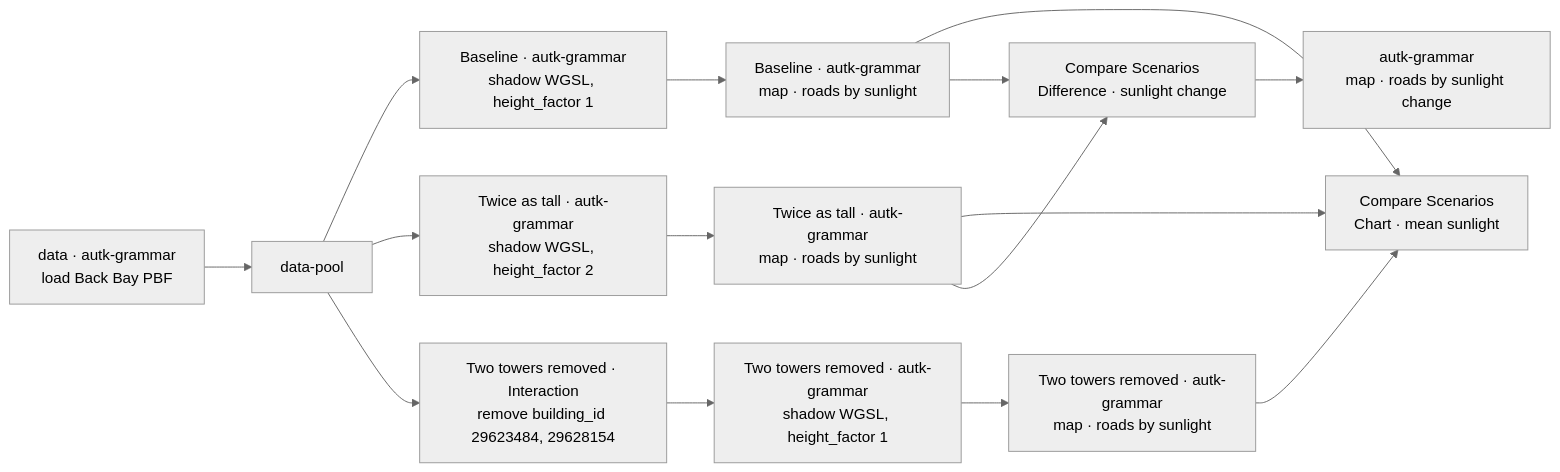
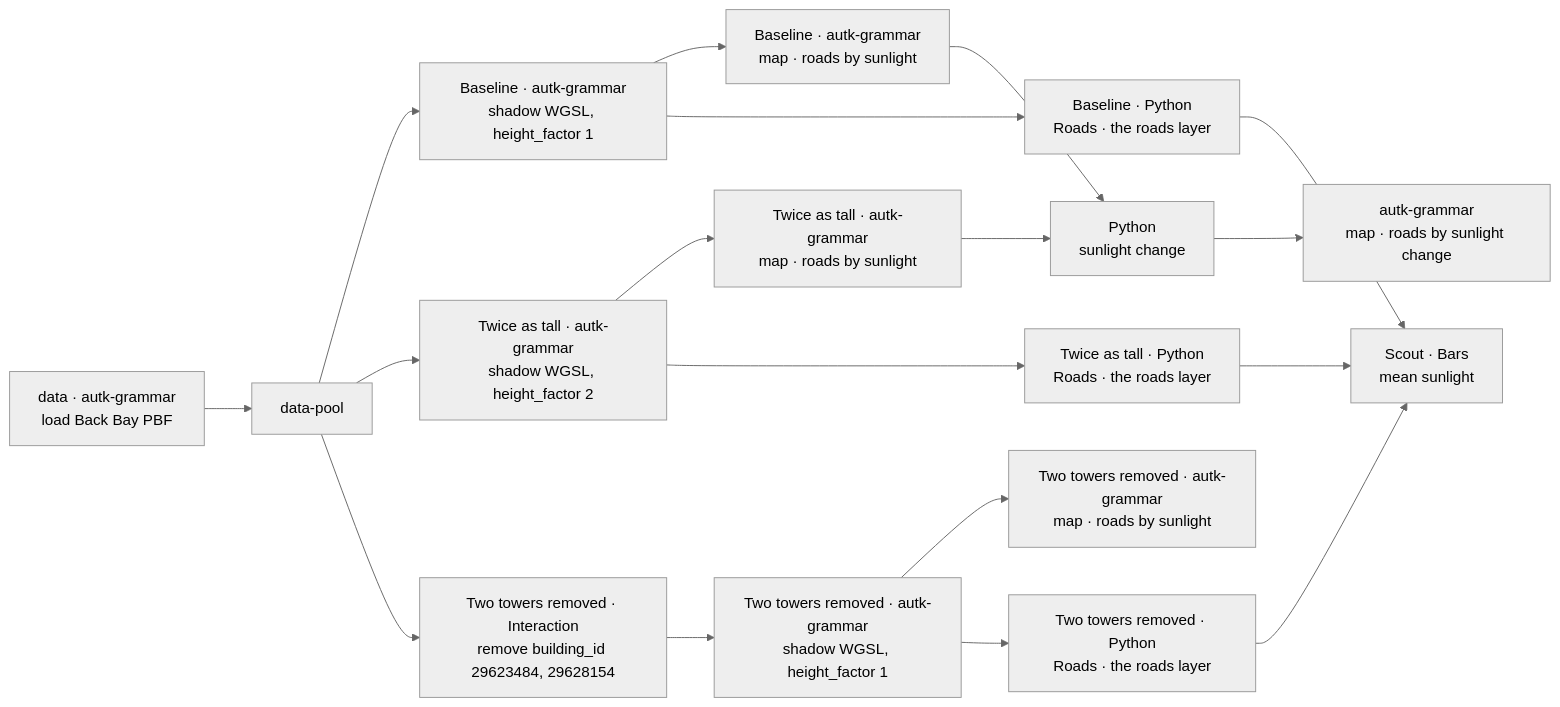
The diagram in docs/examples/06-back-bay-road-sunlight.md (urban-toolkit/curio), drawn with Mermaid (neutral theme) before and after one commit. The commit also changed other lines of this file and 12 other files, not shown here.

Commit message:
Compare example 06's scenarios with Scout's Bars and a Python node for the sunlight change

````diff
--- a/docs/examples/06-back-bay-road-sunlight.md
+++ b/docs/examples/06-back-bay-road-sunlight.md
@@ -18,25 +19,31 @@
 ```mermaid
 flowchart LR
   D["data · autk-grammar<br/>load Back Bay PBF"]
   P["data-pool"]
   BC["Baseline · autk-grammar<br/>shadow WGSL, height_factor 1"]
   BM["Baseline · autk-grammar<br/>map · roads by sunlight"]
+  BR["Baseline · Python<br/>Roads · the roads layer"]
   MC["Twice as tall · autk-grammar<br/>shadow WGSL, height_factor 2"]
   MM["Twice as tall · autk-grammar<br/>map · roads by sunlight"]
+  MR["Twice as tall · Python<br/>Roads · the roads layer"]
   TE["Two towers removed · Interaction<br/>remove building_id 29623484, 29628154"]
   TC["Two towers removed · autk-grammar<br/>shadow WGSL, height_factor 1"]
   TM["Two towers removed · autk-grammar<br/>map · roads by sunlight"]
-  CC["Compare Scenarios<br/>Chart · mean sunlight"]
-  CD["Compare Scenarios<br/>Difference · sunlight change"]
+  TR["Two towers removed · Python<br/>Roads · the roads layer"]
+  CC["Scout · Bars<br/>mean sunlight"]
+  CD["Python<br/>sunlight change"]
   DM["autk-grammar<br/>map · roads by sunlight change"]
   D --> P
   P --> BC --> BM
+  BC --> BR
   P --> MC --> MM
+  MC --> MR
   P --> TE --> TC --> TM
-  BM --> CC
-  MM --> CC
-  TM --> CC
+  TC --> TR
+  BR --> CC
+  MR --> CC
+  TR --> CC
   BM --> CD
   MM --> CD
   CD --> DM
 ```
````
